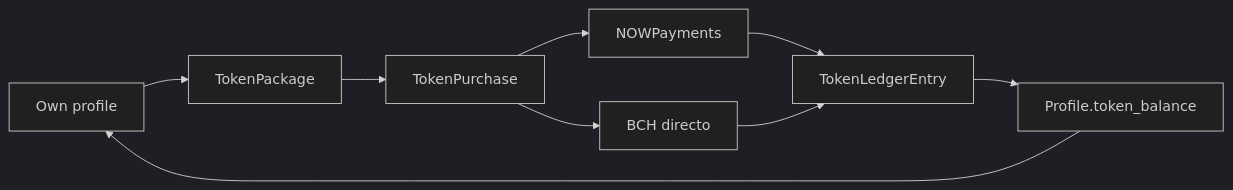
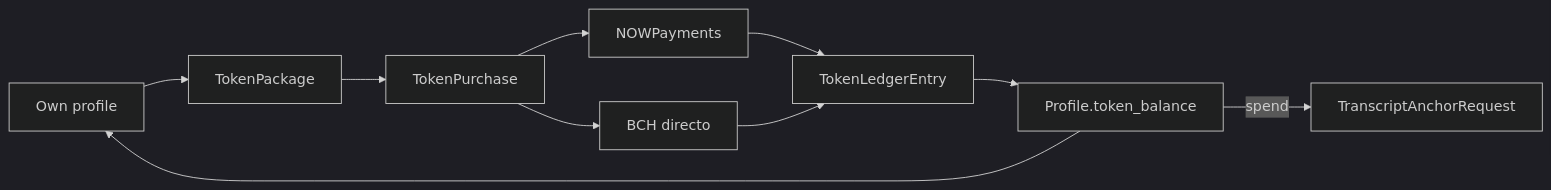
One commit to Alejoss/Sophia.AI changed the diagram in docs/payments/platform-tokens.md. Above: the diagram before and after it, drawn with Mermaid (dark theme). The commit also changed other lines of this file and 21 other files, not shown here.

````diff
--- a/docs/payments/platform-tokens.md
+++ b/docs/payments/platform-tokens.md
@@ -29,19 +37,21 @@
 ```mermaid
 flowchart LR
   profile[Own profile]
   packages[TokenPackage]
   purchase[TokenPurchase]
   nowPay[NOWPayments]
   bchPay[BCH directo]
   ledger[TokenLedgerEntry]
   balance[Profile.token_balance]
+  anchor[TranscriptAnchorRequest]
 
   profile --> packages
   packages --> purchase
   purchase --> nowPay
   purchase --> bchPay
   nowPay --> ledger
   bchPay --> ledger
   ledger --> balance
   balance --> profile
+  balance -->|"spend"| anchor
 ```
````
